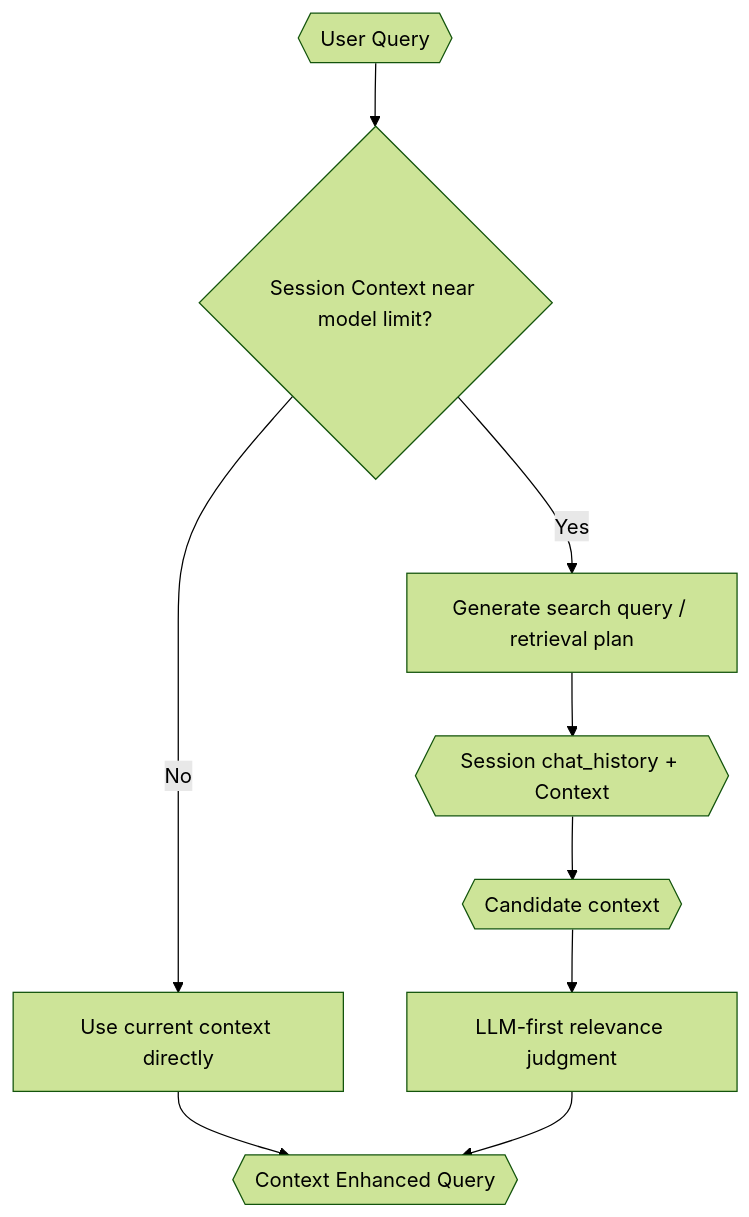
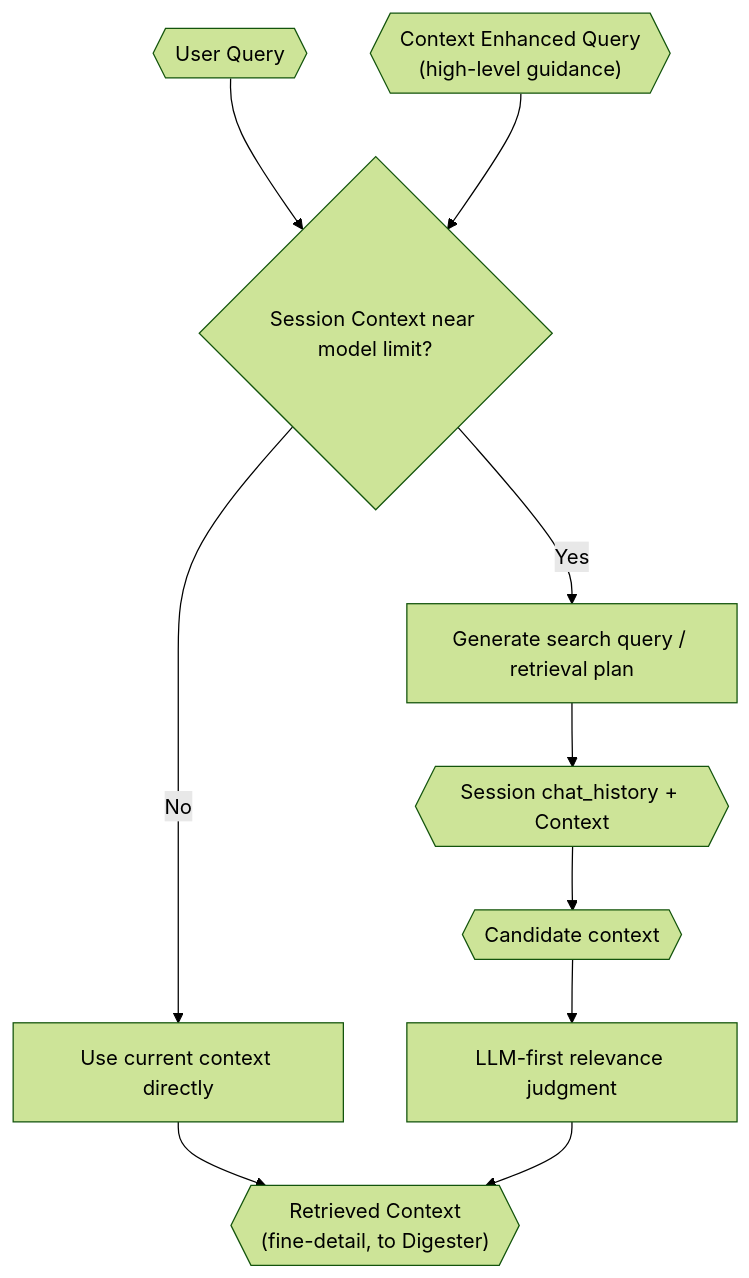
One commit to VJyzCELERY/TINYCUA changed the diagram in src/tinycua/docs/architecture/context-retrieval.md. Above: the diagram before and after it, drawn with Mermaid (forest theme). The commit also changed other lines of this file and 7 other files, not shown here.

First line of the commit message:
refactor(docs): reassign Enhanced Context Retrieval from Query Analyst to Information Digester

````diff
--- a/src/tinycua/docs/architecture/context-retrieval.md
+++ b/src/tinycua/docs/architecture/context-retrieval.md
@@ -69,20 +70,22 @@
 ```mermaid
 flowchart TD
     UQ{{"User Query"}}
+    CEQ_GUIDE{{"Context Enhanced Query\n(high-level guidance)"}}
     SIZE{"Session Context near model limit?"}
     DIRECT["Use current context directly"]
     SEARCH["Generate search query / retrieval plan"]
     STORE{{"Session chat_history + Context"}}
     CAND{{"Candidate context"}}
     JUDGE["LLM-first relevance judgment"]
-    CEQ{{"Context Enhanced Query"}}
+    RET_CTX{{"Retrieved Context\n(fine-detail, to Digester)"}}
 
     UQ --> SIZE
+    CEQ_GUIDE --> SIZE
     SIZE -->|No| DIRECT
-    DIRECT --> CEQ
+    DIRECT --> RET_CTX
     SIZE -->|Yes| SEARCH
     SEARCH --> STORE
     STORE --> CAND
     CAND --> JUDGE
-    JUDGE --> CEQ
+    JUDGE --> RET_CTX
 ```
````
